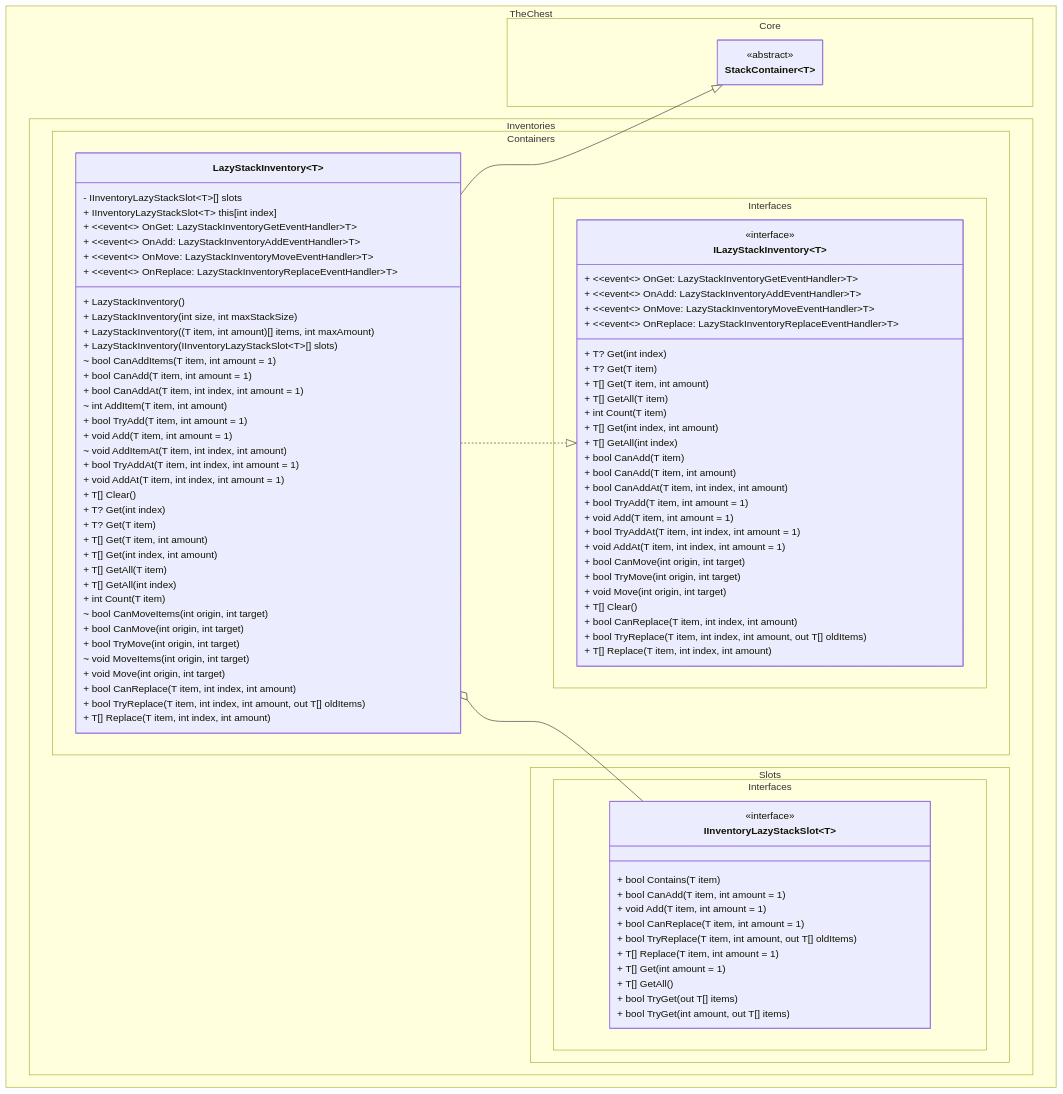
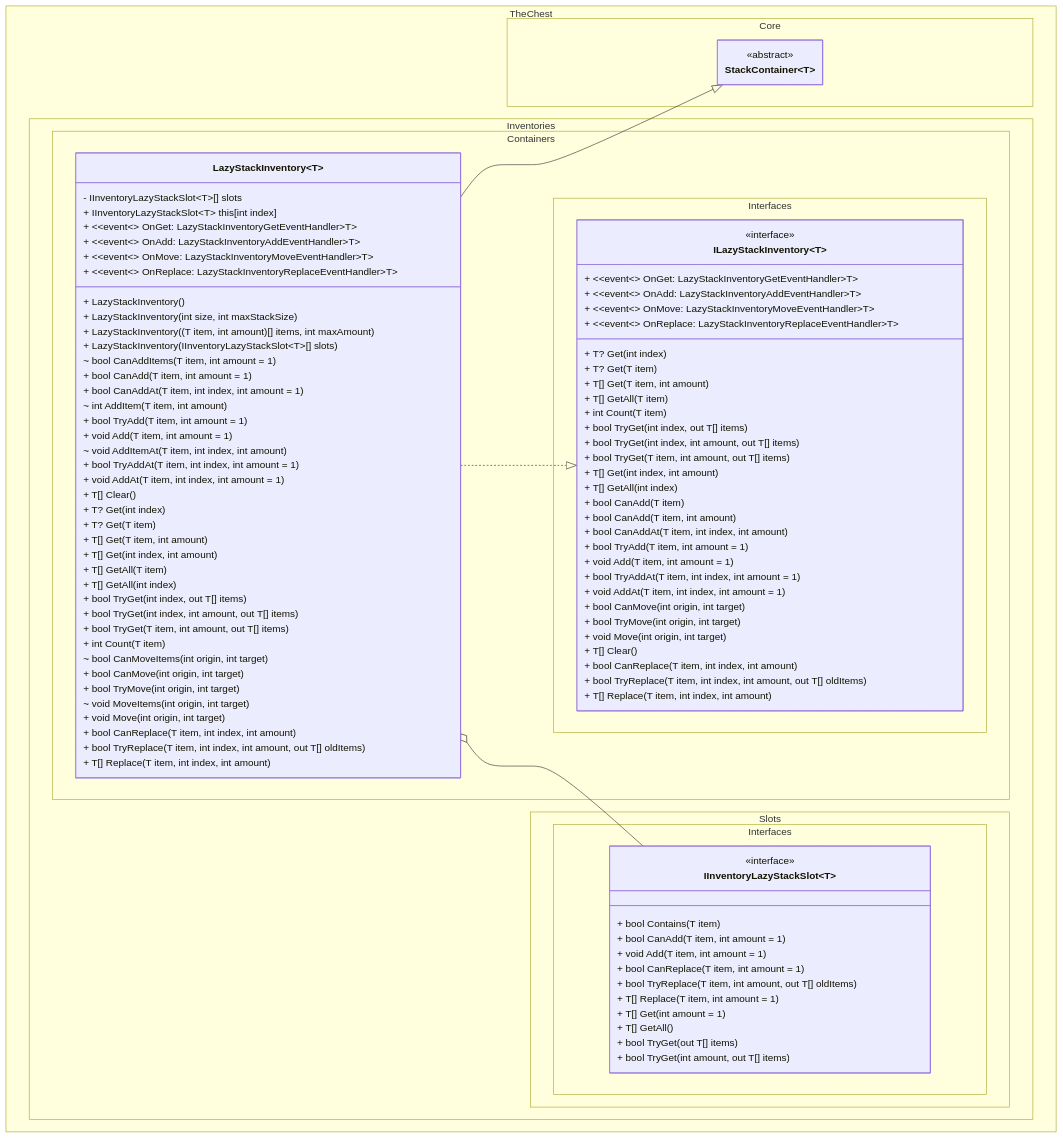
Before and after one commit to The-Chest/TheChest.Inventories: the first of 2 diagrams in docs/lazy_stack_inventory/class_diagram.md, drawn with Mermaid. The commit also changed 1 other file, not shown here.

Commit message:
Changes in docs

```diff
--- a/docs/lazy_stack_inventory/class_diagram.md
+++ b/docs/lazy_stack_inventory/class_diagram.md
@@ -53,6 +53,9 @@
         + T[] Get(int index, int amount)
         + T[] GetAll(T item)
         + T[] GetAll(int index)
+        + bool TryGet(int index, out T[] items)
+        + bool TryGet(int index, int amount, out T[] items)
+        + bool TryGet(T item, int amount, out T[] items)
 
         + int Count(T item)
 
@@ -100,6 +103,9 @@
         + T[] Get(T item, int amount)
         + T[] GetAll(T item)
         + int Count(T item)
+        + bool TryGet(int index, out T[] items)
+        + bool TryGet(int index, int amount, out T[] items)
+        + bool TryGet(T item, int amount, out T[] items)
         
         + T[] Get(int index, int amount)
         + T[] GetAll(int index)
```
